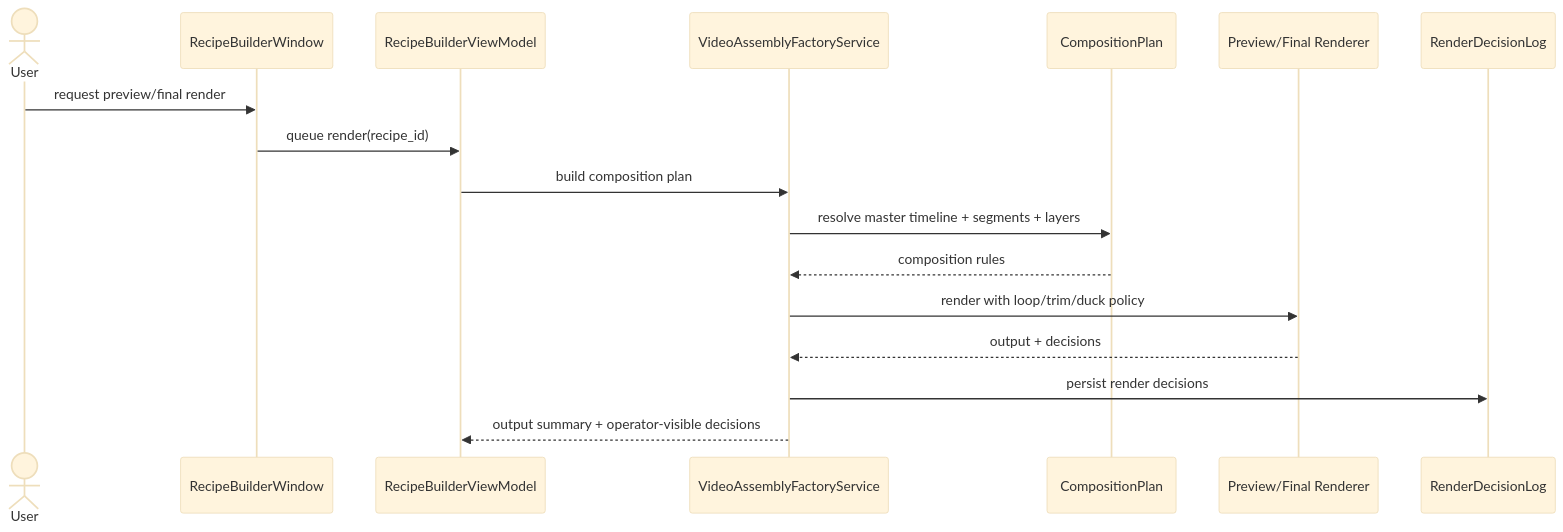
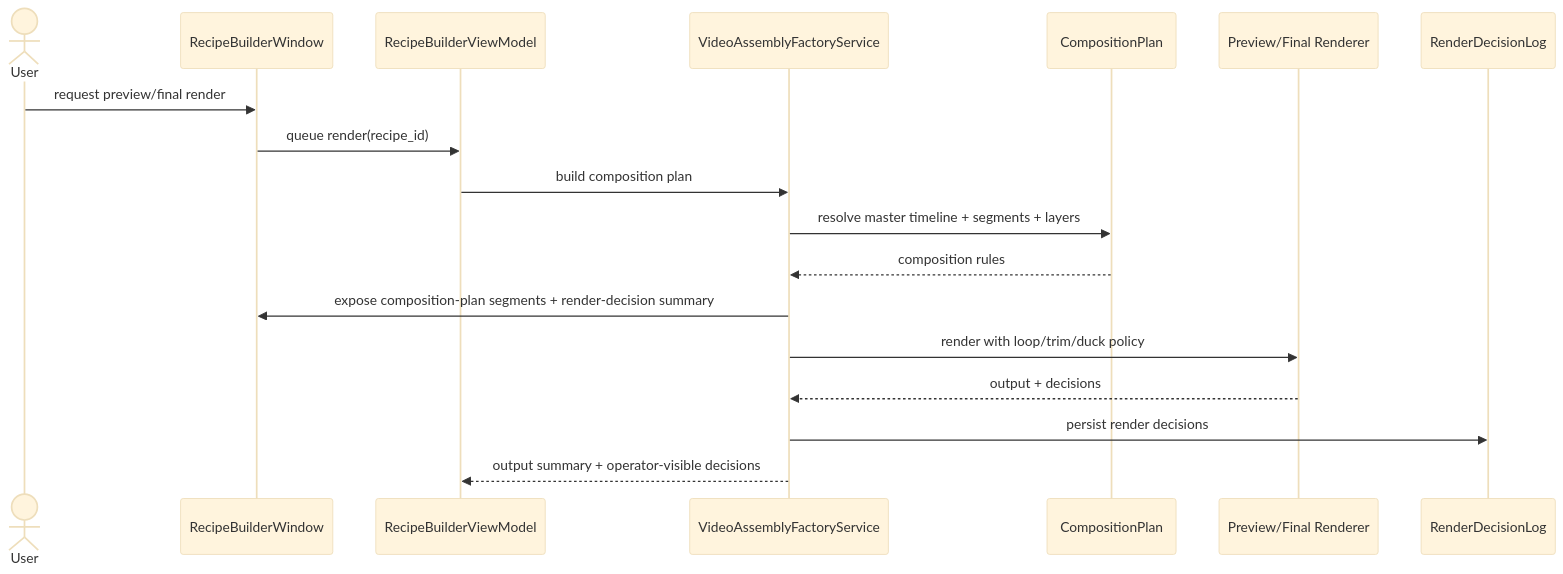
Diagram 13 of 13 in doc/10_UML_System_Overview.md (idev006/MTClipFactory), drawn with Mermaid (base theme) before and after one commit. The commit also changed other lines of this file and 19 other files, not shown here.

````diff
--- a/doc/10_UML_System_Overview.md
+++ b/doc/10_UML_System_Overview.md
@@ -492,20 +495,21 @@
 ```mermaid
 sequenceDiagram
     actor User
     participant View as RecipeBuilderWindow
     participant VM as RecipeBuilderViewModel
     participant Factory as VideoAssemblyFactoryService
     participant Plan as CompositionPlan
     participant Render as Preview/Final Renderer
     participant Audit as RenderDecisionLog
 
     User->>View: request preview/final render
     View->>VM: queue render(recipe_id)
     VM->>Factory: build composition plan
     Factory->>Plan: resolve master timeline + segments + layers
     Plan-->>Factory: composition rules
+    Factory->>View: expose composition-plan segments + render-decision summary
     Factory->>Render: render with loop/trim/duck policy
     Render-->>Factory: output + decisions
     Factory->>Audit: persist render decisions
     Factory-->>VM: output summary + operator-visible decisions
 ```
````
